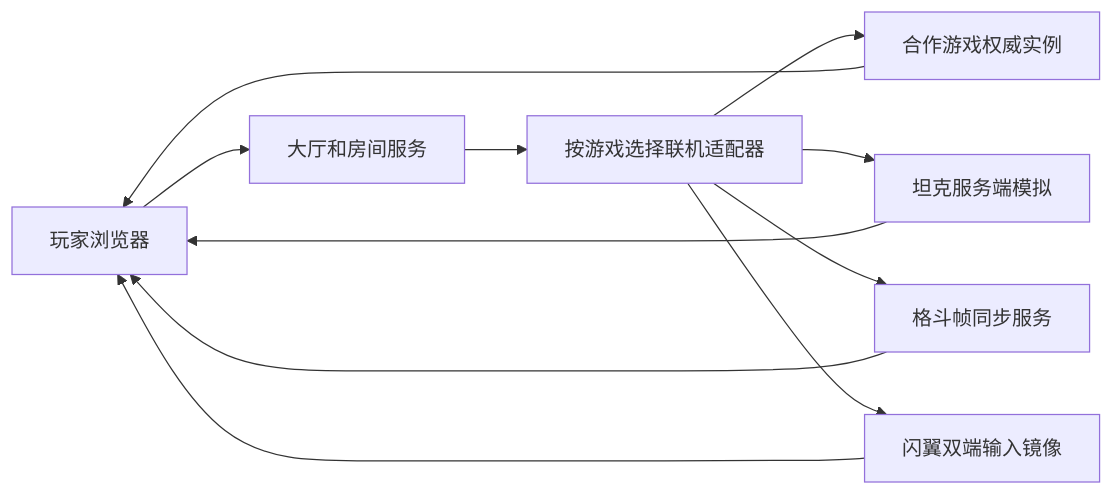
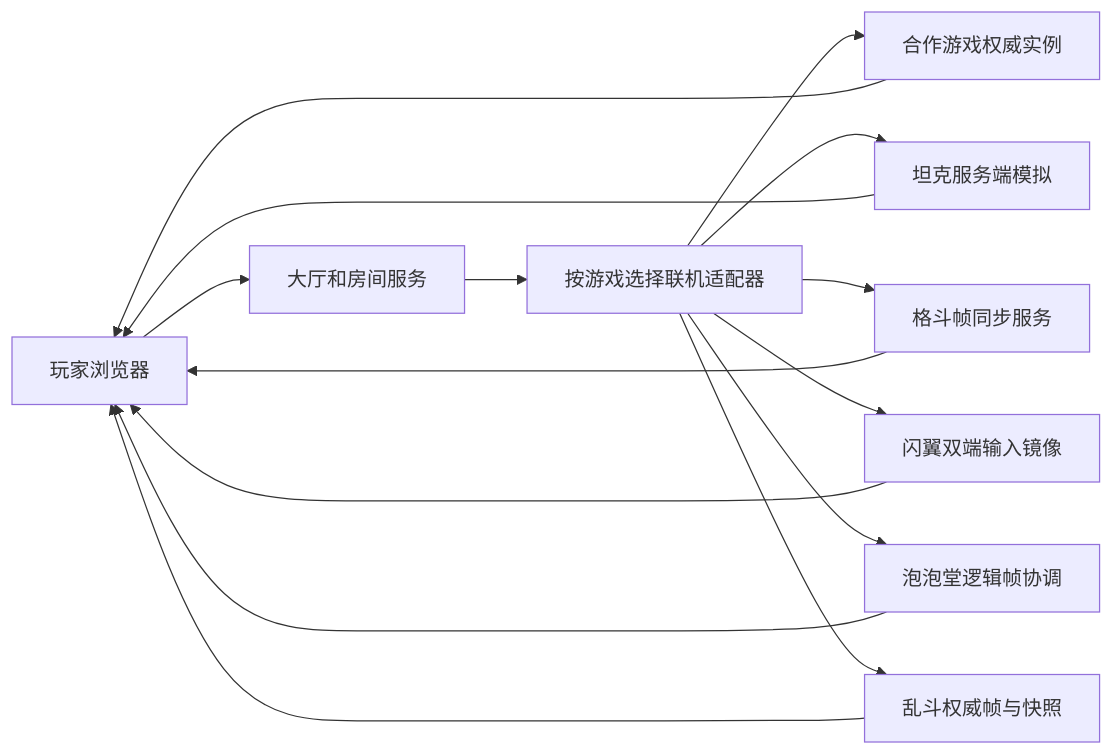
Before and after one commit to scarlet20252025-cloud/multiplayer-browser-game: the diagram in docs/NETPLAY_ENGINEERING_GUIDE.md, drawn with Mermaid. The commit also changed other lines of this file and 5 other files, not shown here.

````diff
--- a/docs/NETPLAY_ENGINEERING_GUIDE.md
+++ b/docs/NETPLAY_ENGINEERING_GUIDE.md
@@ -9,13 +9,17 @@
 ```mermaid
 flowchart LR
     P[玩家浏览器] --> L[大厅和房间服务]
     L --> A[按游戏选择联机适配器]
     A --> C[合作游戏权威实例]
     A --> T[坦克服务端模拟]
     A --> B[格斗帧同步服务]
     A --> M[闪翼双端输入镜像]
+    A --> Q[泡泡堂逻辑帧协调]
+    A --> G[乱斗权威帧与快照]
     C --> P
     T --> P
     B --> P
     M --> P
+    Q --> P
+    G --> P
 ```
````
